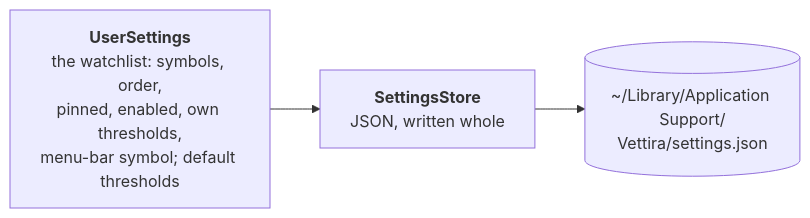
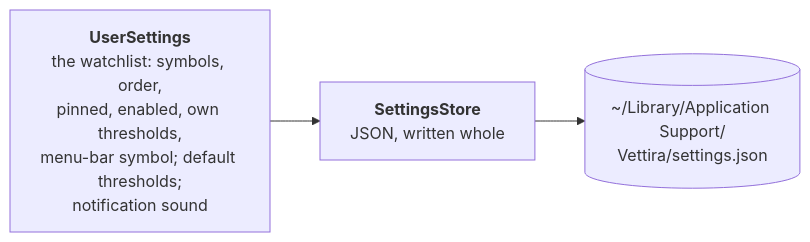
Before and after one commit to nikpietanze/vettira: the third of 5 diagrams in docs/architecture.md, drawn with Mermaid. The commit also changed other lines of this file and 29 other files, not shown here.

Commit message:
Show quotes in the menu bar and notify on pullbacks

````diff
--- a/docs/architecture.md
+++ b/docs/architecture.md
@@ -42,6 +122,6 @@
 ```mermaid
 flowchart LR
-    settings["<b>UserSettings</b><br/>the watchlist: symbols, order,<br/>pinned, enabled, own thresholds,<br/>menu-bar symbol; default thresholds"]
+    settings["<b>UserSettings</b><br/>the watchlist: symbols, order,<br/>pinned, enabled, own thresholds,<br/>menu-bar symbol; default thresholds;<br/>notification sound"]
     store["<b>SettingsStore</b><br/>JSON, written whole"]
     settings --> store --> file[("~/Library/Application Support/<br/>Vettira/settings.json")]
 ```
````
